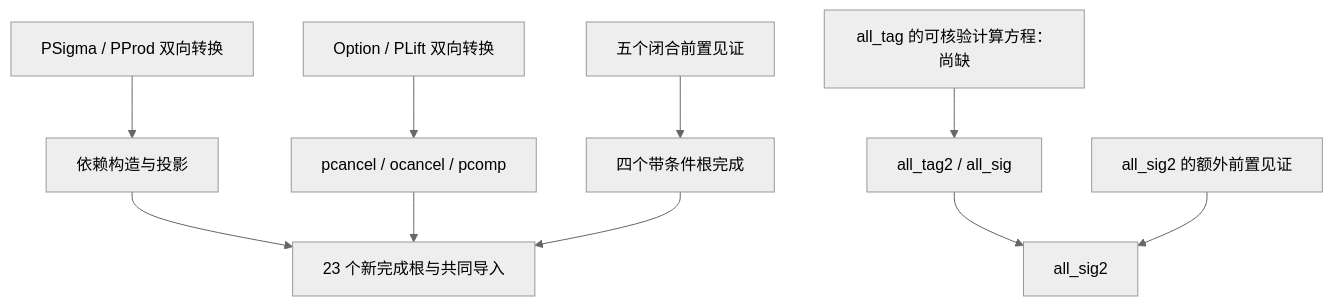
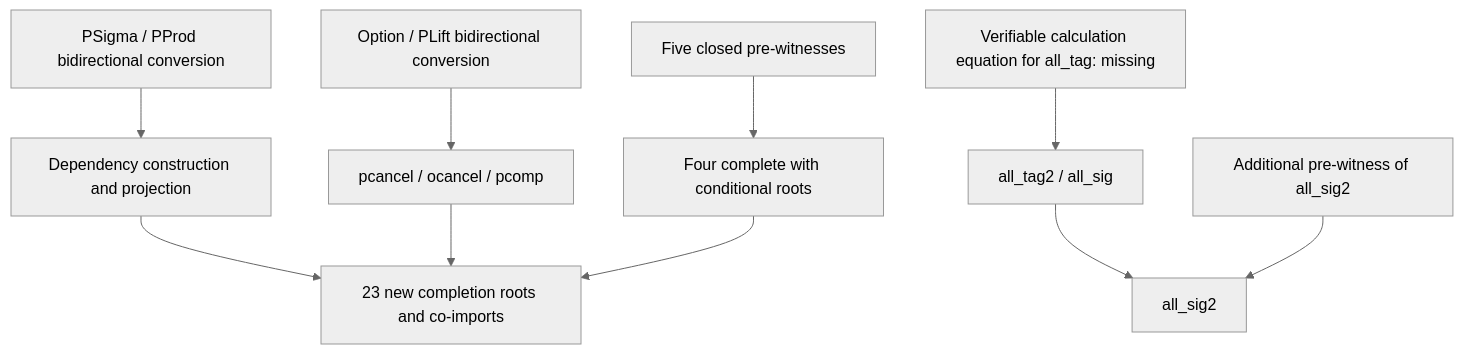
Before and after one commit to jackooo-dddd/rocq-core: the fifth of 26 diagrams in experiments/incremental-correspondence-20261019/DAG.md, drawn with Mermaid (neutral theme). The commit also changed other lines of this file and 701 other files, not shown here.

````diff
--- a/experiments/incremental-correspondence-20261019/DAG.md
+++ b/experiments/incremental-correspondence-20261019/DAG.md
@@ -278,12 +278,12 @@
 ```mermaid
 flowchart TD
-  A["PSigma / PProd 双向转换"] --> B["依赖构造与投影"]
-  C["Option / PLift 双向转换"] --> D["pcancel / ocancel / pcomp"]
-  E["五个闭合前置见证"] --> F["四个带条件根完成"]
-  B --> G["23 个新完成根与共同导入"]
+  A["PSigma / PProd bidirectional conversion"] --> B["Dependency construction and projection"]
+  C["Option / PLift bidirectional conversion"] --> D["pcancel / ocancel / pcomp"]
+  E["Five closed pre-witnesses"] --> F["Four complete with conditional roots"]
+  B --> G["23 new completion roots and co-imports"]
   D --> G
   F --> G
-  H["all_tag 的可核验计算方程：尚缺"] --> I["all_tag2 / all_sig"]
+  H["Verifiable calculation equation for all_tag: missing"] --> I["all_tag2 / all_sig"]
   I --> J["all_sig2"]
-  K["all_sig2 的额外前置见证"] --> J
+  K["Additional pre-witness of all_sig2"] --> J
 ```
````
